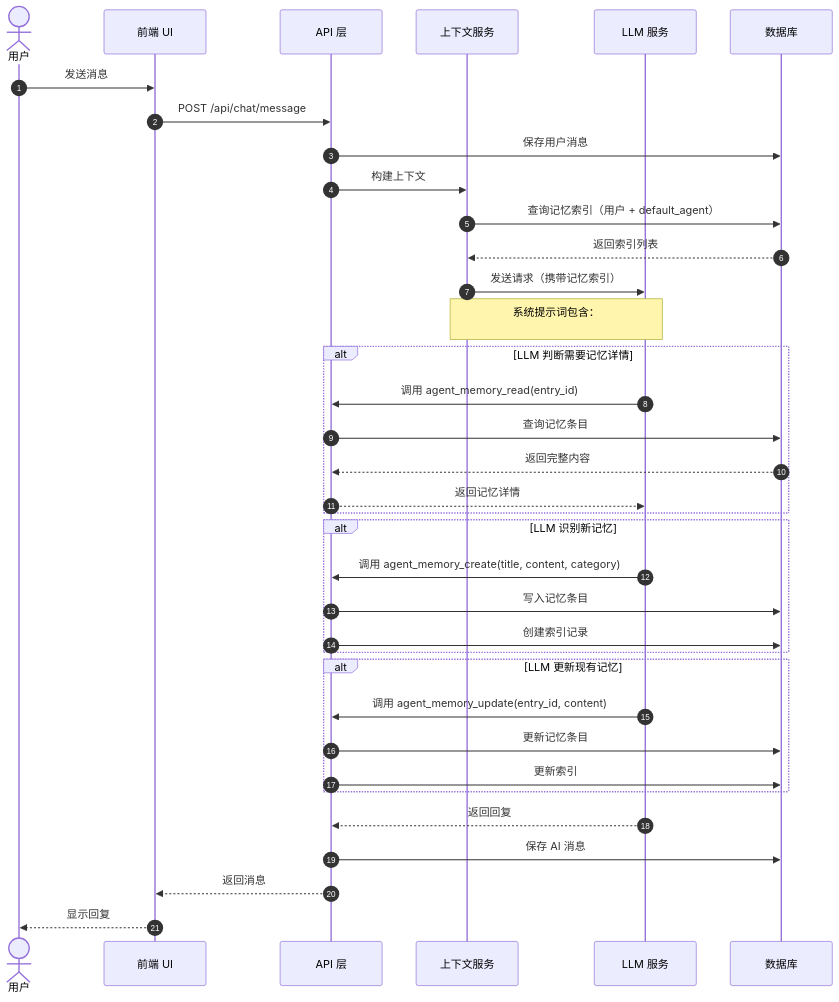
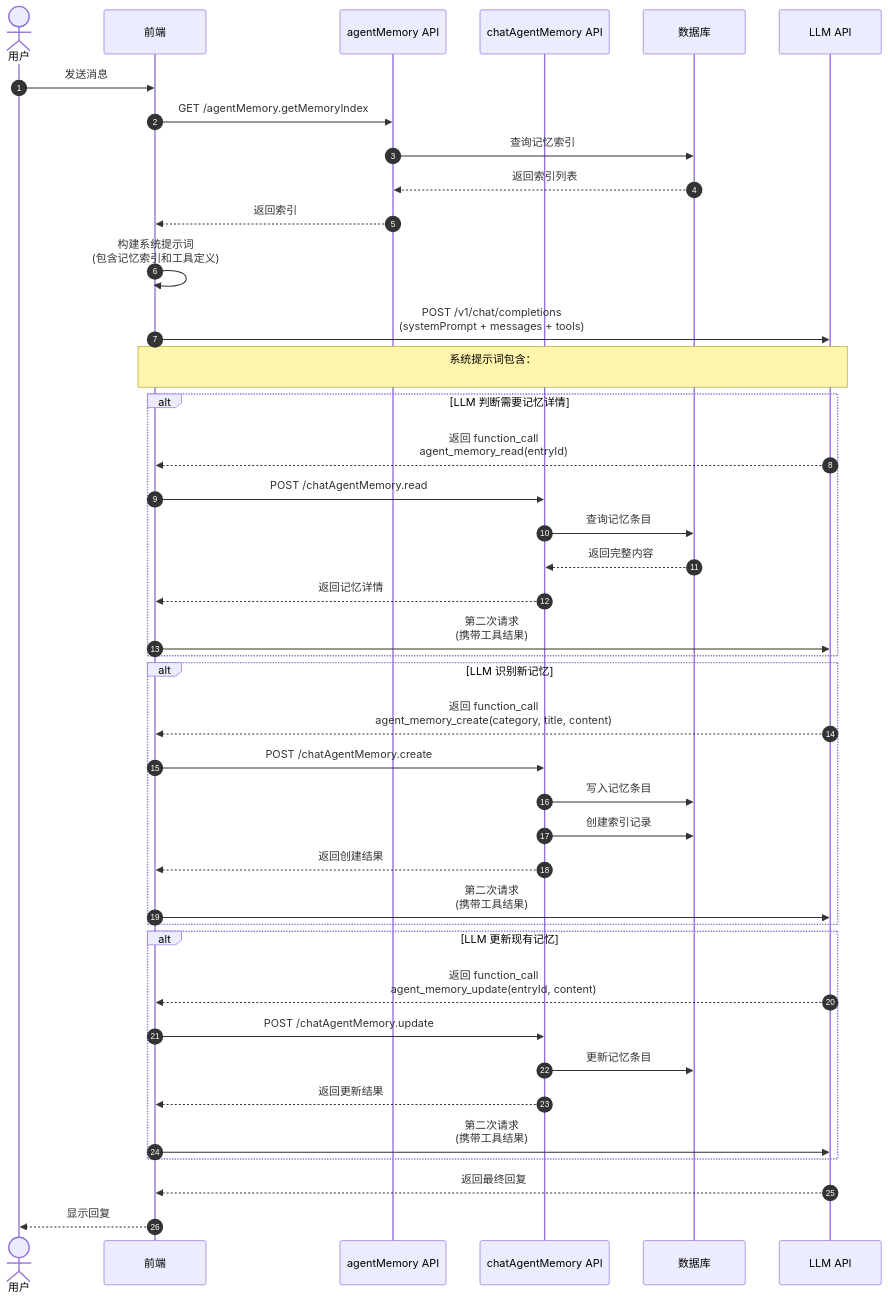
One commit to RudolphHuang/openclaw_doc changed the sixth of 14 diagrams in bar/记忆设计方案.md. Above: the diagram before and after it, drawn with Mermaid. The commit also changed other lines of this file and 2 other files, not shown here.

````diff
--- a/bar/记忆设计方案.md
+++ b/bar/记忆设计方案.md
@@ -382,45 +375,51 @@
 ```mermaid
 sequenceDiagram
     autonumber
     actor User as 用户
-    participant UI as 前端 UI
-    participant API as API 层
-    participant CS as 上下文服务
-    participant LLM as LLM 服务
+    participant Frontend as 前端
+    participant AgentMemoryAPI as agentMemory API
+    participant ChatAgentMemoryAPI as chatAgentMemory API
     participant DB as 数据库
+    participant LLM as LLM API
 
-    User->>UI: 发送消息
-    UI->>API: POST /api/chat/message
-    API->>DB: 保存用户消息
+    User->>Frontend: 发送消息
     
-    API->>CS: 构建上下文
-    CS->>DB: 查询记忆索引（用户 + default_agent）
-    DB-->>CS: 返回索引列表
+    Frontend->>AgentMemoryAPI: GET /agentMemory.getMemoryIndex
+    AgentMemoryAPI->>DB: 查询记忆索引
+    DB-->>AgentMemoryAPI: 返回索引列表
+    AgentMemoryAPI-->>Frontend: 返回索引
     
-    CS->>LLM: 发送请求（携带记忆索引）
-    Note over CS,LLM: 系统提示词包含：<br/>## 可用记忆<br/>1. 用户偏好 - 用户喜欢简洁回答<br/>2. 项目背景 - 正在开发认证模块<br/>...
+    Frontend->>Frontend: 构建系统提示词<br/>(包含记忆索引和工具定义)
+    
+    Frontend->>LLM: POST /v1/chat/completions<br/>(systemPrompt + messages + tools)
+    Note over Frontend,LLM: 系统提示词包含：<br/>## 可用记忆<br/>1. [user] 用户偏好 - 用户喜欢简洁回答<br/>2. [feedback] 行为反馈 - 避免使用表情符号<br/>...<br/><br/>## Memory Tools<br/>- agent_memory_read(entryId)<br/>- agent_memory_create(...)<br/>...
     
     alt LLM 判断需要记忆详情
-        LLM->>API: 调用 agent_memory_read(entry_id)
-        API->>DB: 查询记忆条目
-        DB-->>API: 返回完整内容
-        API-->>LLM: 返回记忆详情
+        LLM-->>Frontend: 返回 function_call<br/>agent_memory_read(entryId)
+        Frontend->>ChatAgentMemoryAPI: POST /chatAgentMemory.read
+        ChatAgentMemoryAPI->>DB: 查询记忆条目
+        DB-->>ChatAgentMemoryAPI: 返回完整内容
+        ChatAgentMemoryAPI-->>Frontend: 返回记忆详情
+        Frontend->>LLM: 第二次请求<br/>(携带工具结果)
     end
     
     alt LLM 识别新记忆
-        LLM->>API: 调用 agent_memory_create(title, content, category)
-        API->>DB: 写入记忆条目
-        API->>DB: 创建索引记录
+        LLM-->>Frontend: 返回 function_call<br/>agent_memory_create(category, title, content)
+        Frontend->>ChatAgentMemoryAPI: POST /chatAgentMemory.create
+        ChatAgentMemoryAPI->>DB: 写入记忆条目
+        ChatAgentMemoryAPI->>DB: 创建索引记录
+        ChatAgentMemoryAPI-->>Frontend: 返回创建结果
+        Frontend->>LLM: 第二次请求<br/>(携带工具结果)
     end
     
     alt LLM 更新现有记忆
-        LLM->>API: 调用 agent_memory_update(entry_id, content)
-        API->>DB: 更新记忆条目
-        API->>DB: 更新索引
+        LLM-->>Frontend: 返回 function_call<br/>agent_memory_update(entryId, content)
+        Frontend->>ChatAgentMemoryAPI: POST /chatAgentMemory.update
+        ChatAgentMemoryAPI->>DB: 更新记忆条目
+        ChatAgentMemoryAPI-->>Frontend: 返回更新结果
+        Frontend->>LLM: 第二次请求<br/>(携带工具结果)
     end
     
-    LLM-->>API: 返回回复
-    API->>DB: 保存 AI 消息
-    API-->>UI: 返回消息
-    UI-->>User: 显示回复
+    LLM-->>Frontend: 返回最终回复
+    Frontend-->>User: 显示回复
 ```
````
